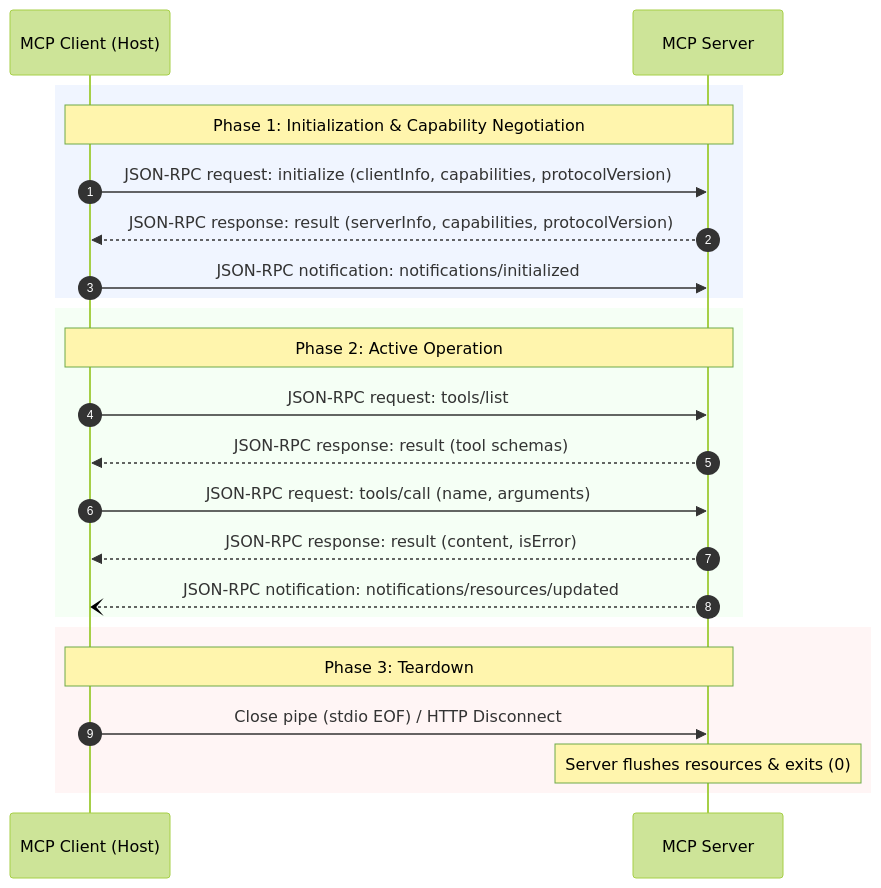
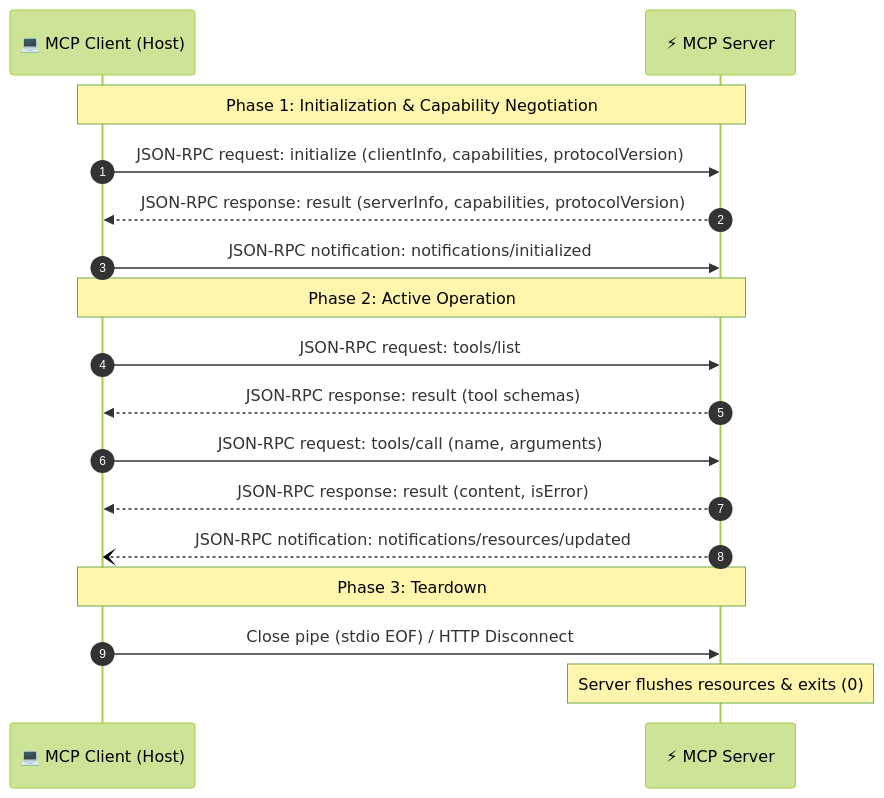
One commit to dip4k/senior-engineer-to-ai-engineer-roadmap changed the second of 2 diagrams in 03-tools-and-model-context-protocol/02-mcp-architecture-transports-and-lifecycle.md. Above: the diagram before and after it, drawn with Mermaid (forest theme). The commit also changed other lines of this file and 39 other files, not shown here.

First line of the commit message:
feat(curriculum): upgrade mermaid diagrams with unicode icons & codify anti-bloat layout rules

````diff
--- a/03-tools-and-model-context-protocol/02-mcp-architecture-transports-and-lifecycle.md
+++ b/03-tools-and-model-context-protocol/02-mcp-architecture-transports-and-lifecycle.md
@@ -100,28 +83,22 @@
 ```mermaid
 sequenceDiagram
     autonumber
-    participant Host as MCP Client (Host)
-    participant Server as MCP Server
+    participant Host as 💻 MCP Client (Host)
+    participant Server as ⚡ MCP Server
 
-    rect rgb(240, 245, 255)
     Note over Host,Server: Phase 1: Initialization & Capability Negotiation
     Host->>Server: JSON-RPC request: initialize (clientInfo, capabilities, protocolVersion)
     Server-->>Host: JSON-RPC response: result (serverInfo, capabilities, protocolVersion)
     Host->>Server: JSON-RPC notification: notifications/initialized
-    end
 
-    rect rgb(245, 255, 245)
     Note over Host,Server: Phase 2: Active Operation
     Host->>Server: JSON-RPC request: tools/list
     Server-->>Host: JSON-RPC response: result (tool schemas)
     Host->>Server: JSON-RPC request: tools/call (name, arguments)
     Server-->>Host: JSON-RPC response: result (content, isError)
     Server--)Host: JSON-RPC notification: notifications/resources/updated
-    end
 
-    rect rgb(255, 245, 245)
     Note over Host,Server: Phase 3: Teardown
     Host->>Server: Close pipe (stdio EOF) / HTTP Disconnect
     Note over Server: Server flushes resources & exits (0)
-    end
 ```
````
